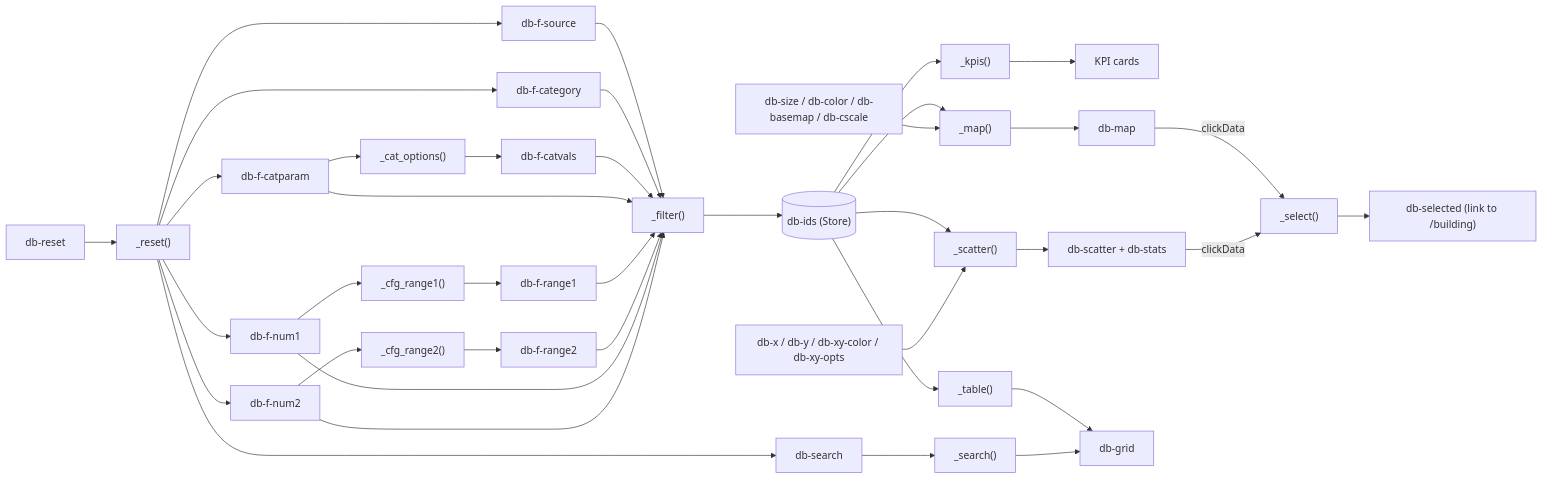
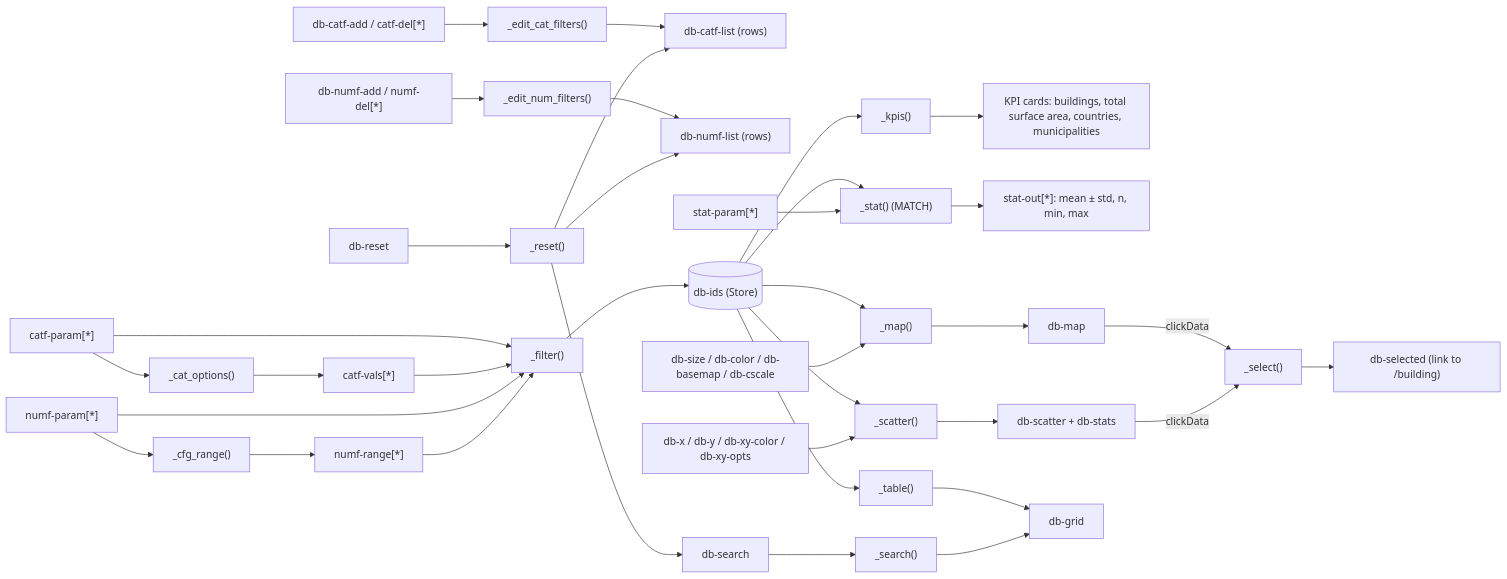
Before and after one commit to HichamJohra/NSBI_smart_building_mapping_web_app: the diagram in docs/architecture.md, drawn with Mermaid. The commit also changed other lines of this file and 7 other files, not shown here.

````diff
--- a/docs/architecture.md
+++ b/docs/architecture.md
@@ -41,29 +57,28 @@
 ```mermaid
 flowchart LR
-  S["db-f-source"] --> F
-  C["db-f-category"] --> F
-  CP["db-f-catparam"] --> CO["_cat_options()"] --> CV["db-f-catvals"] --> F
-  CP --> F
-  N1["db-f-num1"] --> R1C["_cfg_range1()"] --> R1["db-f-range1"] --> F
-  N2["db-f-num2"] --> R2C["_cfg_range2()"] --> R2["db-f-range2"] --> F
-  N1 --> F
-  N2 --> F
-  F["_filter()"] --> IDS[("db-ids (Store)")]
-  IDS --> K["_kpis()"] --> KPI["KPI cards"]
+  ADDC["db-catf-add / catf-del[*]"] --> EC["_edit_cat_filters()"] --> CL["db-catf-list (rows)"]
+  ADDN["db-numf-add / numf-del[*]"] --> EN["_edit_num_filters()"] --> NL["db-numf-list (rows)"]
+  CP["catf-param[*]"] --> CO["_cat_options()"] --> CV["catf-vals[*]"]
+  NP["numf-param[*]"] --> CR["_cfg_range()"] --> NR["numf-range[*]"]
+  CP --> F["_filter()"]
+  CV --> F
+  NP --> F
+  NR --> F
+  F --> IDS[("db-ids (Store)")]
+  IDS --> K["_kpis()"] --> KPI["KPI cards: buildings, total surface area, countries, municipalities"]
+  IDS --> ST["_stat() (MATCH)"] --> STO["stat-out[*]: mean ± std, n, min, max"]
+  SP["stat-param[*]"] --> ST
   IDS --> M["_map()"] --> MAP["db-map"]
   IDS --> SC["_scatter()"] --> SCAT["db-scatter + db-stats"]
   IDS --> T["_table()"] --> GRID["db-grid"]
   MAPOPT["db-size / db-color / db-basemap / db-cscale"] --> M
   XYOPT["db-x / db-y / db-xy-color / db-xy-opts"] --> SC
   MAP -- clickData --> SEL["_select()"]
   SCAT -- clickData --> SEL
   SEL --> LINK["db-selected (link to /building)"]
   SEARCH["db-search"] --> Q["_search()"] --> GRID
   RESET["db-reset"] --> RS["_reset()"]
-  RS --> S
-  RS --> C
-  RS --> CP
-  RS --> N1
-  RS --> N2
+  RS --> CL
+  RS --> NL
   RS --> SEARCH
 ```
````
